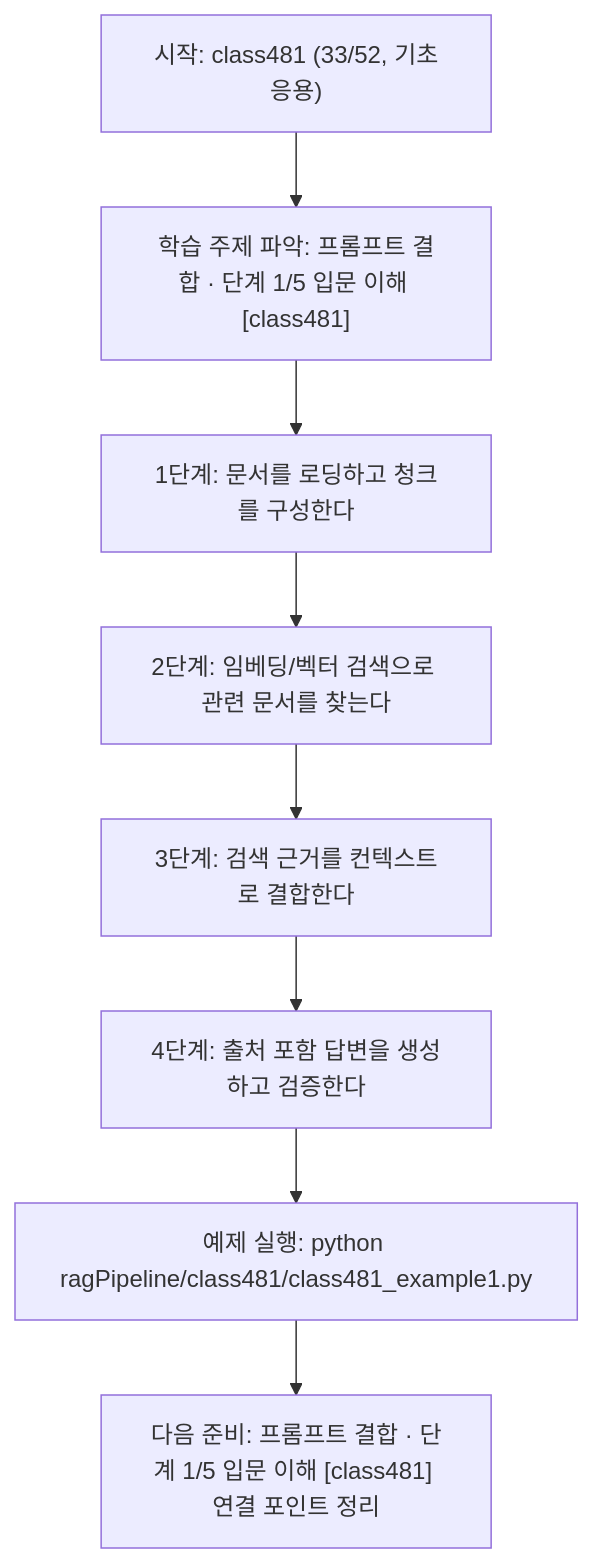
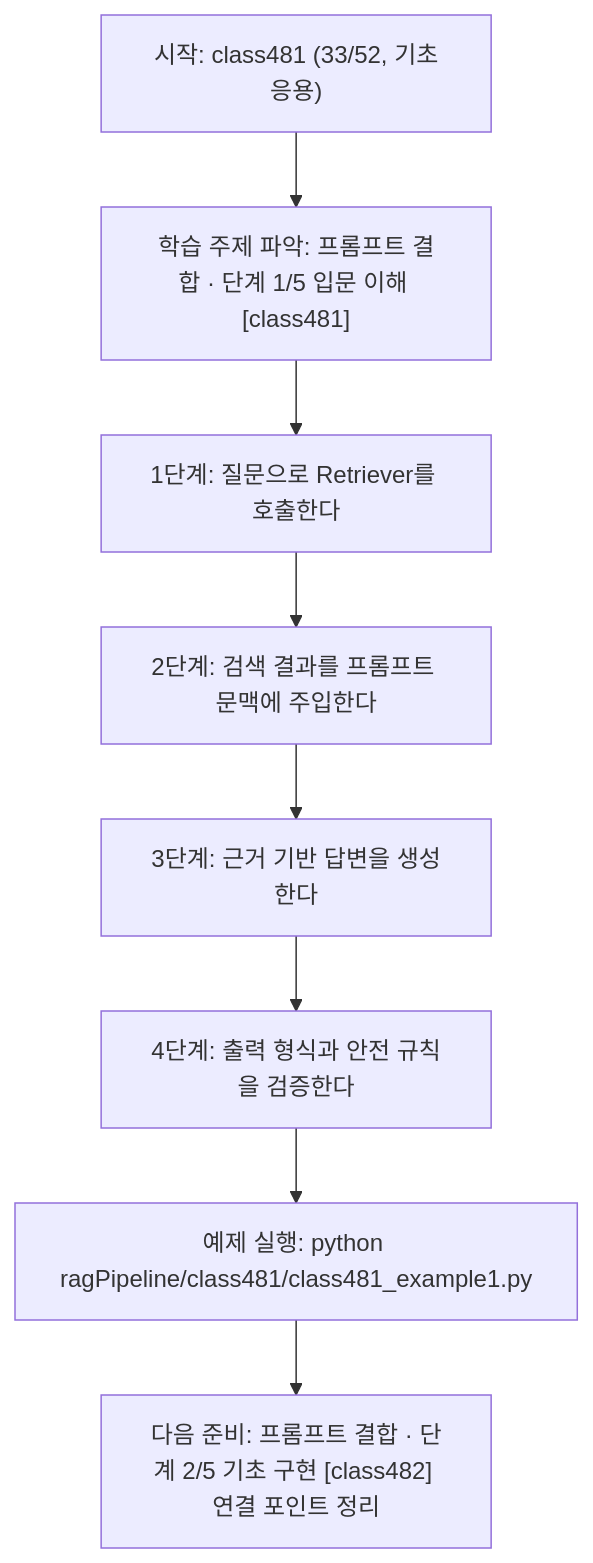
Before and after one commit to edumgt/Python-AI_Agent-Class: the diagram in ragPipeline/class481/class481.md, drawn with Mermaid. The commit also changed other lines of this file and 367 other files, not shown here.

````diff
--- a/ragPipeline/class481/class481.md
+++ b/ragPipeline/class481/class481.md
@@ -110,18 +92,18 @@
 ```mermaid
 flowchart TD
 N1["시작: class481 (33/52, 기초응용)"]
 N2["학습 주제 파악: 프롬프트 결합 · 단계 1/5 입문 이해 [class481]"]
-N3["1단계: 문서를 로딩하고 청크를 구성한다"]
-N4["2단계: 임베딩/벡터 검색으로 관련 문서를 찾는다"]
-N5["3단계: 검색 근거를 컨텍스트로 결합한다"]
-N6["4단계: 출처 포함 답변을 생성하고 검증한다"]
+N3["1단계: 질문으로 Retriever를 호출한다"]
+N4["2단계: 검색 결과를 프롬프트 문맥에 주입한다"]
+N5["3단계: 근거 기반 답변을 생성한다"]
+N6["4단계: 출력 형식과 안전 규칙을 검증한다"]
 N7["예제 실행: python ragPipeline/class481/class481_example1.py"]
-N8["다음 준비: 프롬프트 결합 · 단계 1/5 입문 이해 [class481] 연결 포인트 정리"]
+N8["다음 준비: 프롬프트 결합 · 단계 2/5 기초 구현 [class482] 연결 포인트 정리"]
 N1 --> N2
 N2 --> N3
 N3 --> N4
 N4 --> N5
 N5 --> N6
 N6 --> N7
 N7 --> N8
 ```
````
